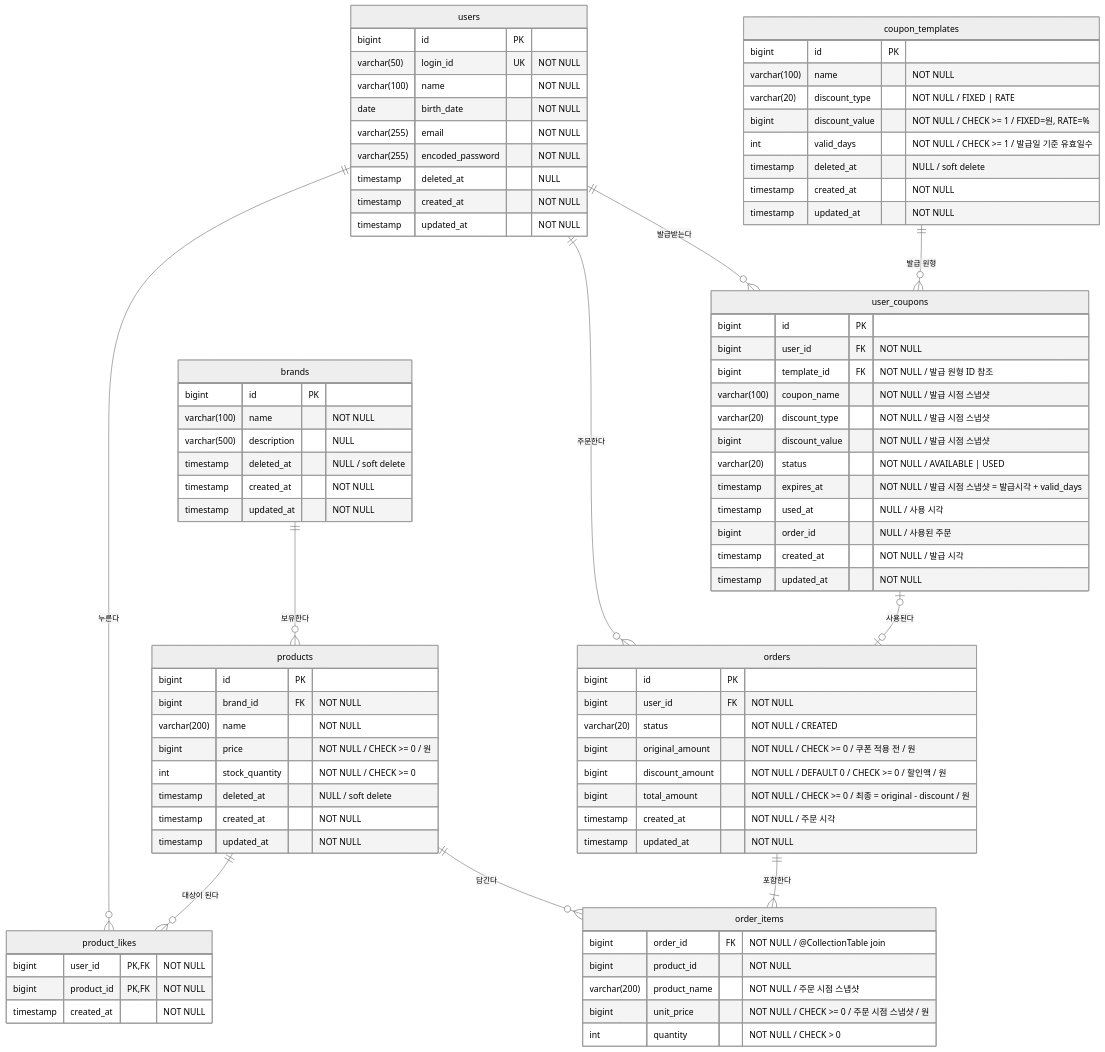
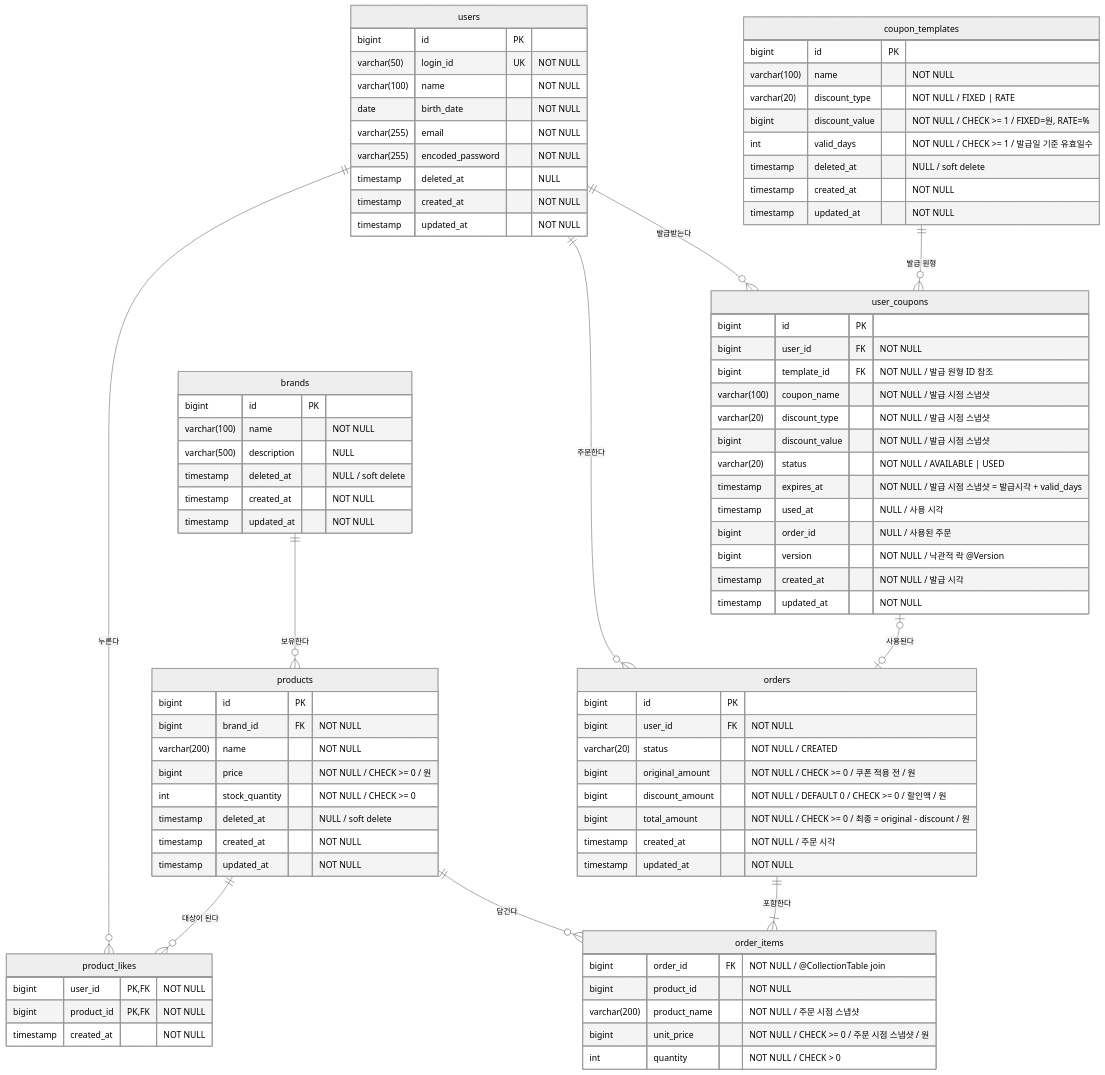
The diagram in docs/week2/04-erd.md (loopers-labs/loop-pack-be-l2-vol4-java), drawn with Mermaid (neutral theme) before and after one commit. The commit also changed other lines of this file and 3 other files, not shown here.

```diff
--- a/docs/week2/04-erd.md
+++ b/docs/week2/04-erd.md
@@ -93,6 +93,7 @@
         timestamp expires_at "NOT NULL / 발급 시점 스냅샷 = 발급시각 + valid_days"
         timestamp used_at "NULL / 사용 시각"
         bigint order_id "NULL / 사용된 주문"
+        bigint version "NOT NULL / 낙관적 락 @Version"
         timestamp created_at "NOT NULL / 발급 시각"
         timestamp updated_at "NOT NULL"
     }
```
